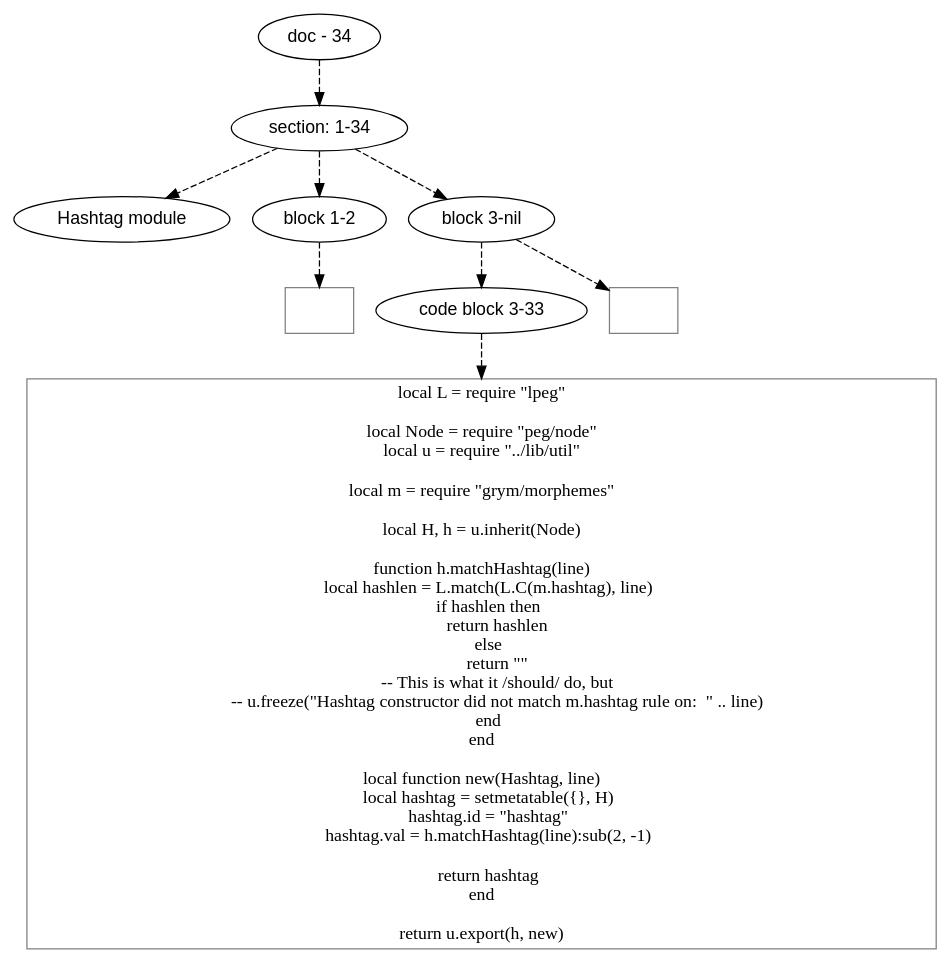
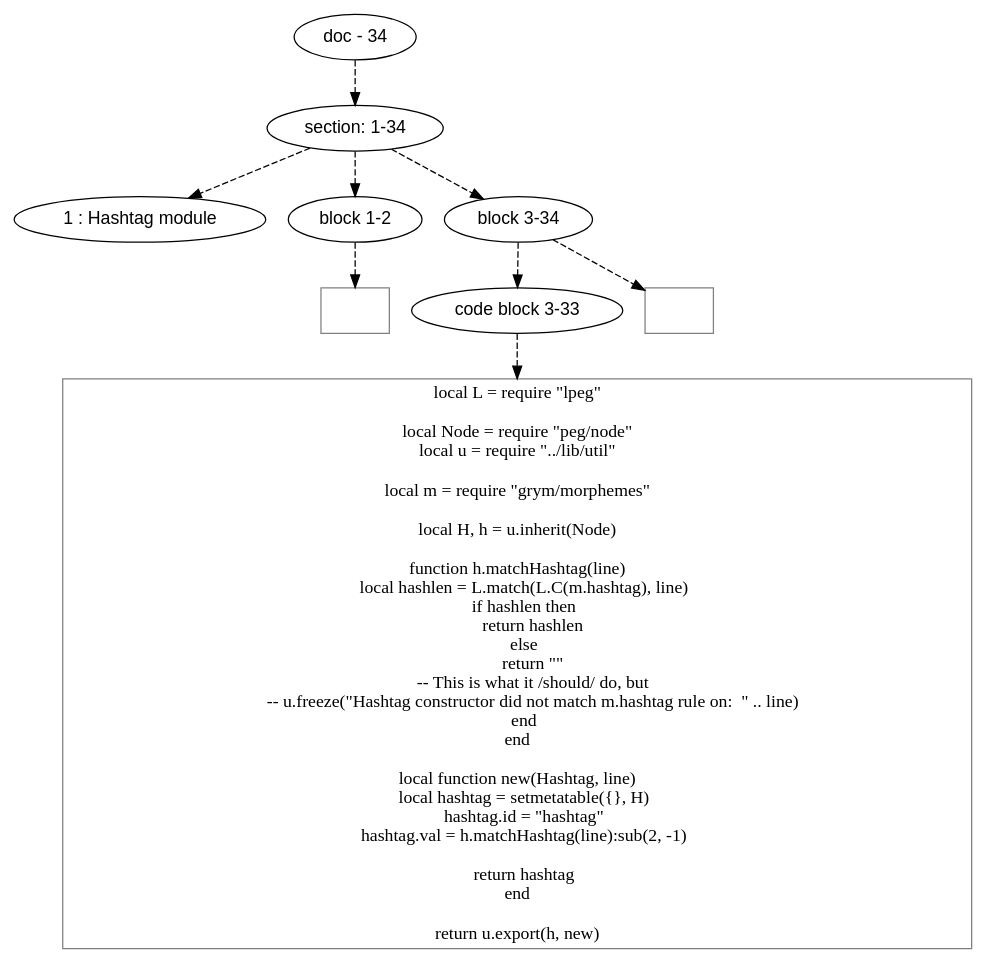
The diagram in doc/dot/grym/hashtag.dot (mnemnion/orb), drawn with Graphviz before and after one commit. The commit also changed 80 other files, not shown here.

```diff
--- a/doc/dot/grym/hashtag.dot
+++ b/doc/dot/grym/hashtag.dot
@@ -1,63 +1,63 @@
 digraph hierarchy {
 
 node [fontname=Helvetica]
 edge [style=dashed]
 
 doc_0 [label="doc - 34"]
 
 doc_0 -> { section_1}
 {rank=same; section_1}
 
 section_1 [label="section: 1-34"]
 
 section_1 -> { header_2 block_3 block_4}
 {rank=same; header_2 block_3 block_4}
 
-header_2 [label="Hashtag module"]
+header_2 [label="1 : Hashtag module"]
 block_3 [label="block 1-2"]
-block_4 [label="block 3-nil"]
+block_4 [label="block 3-34"]
 
 
 block_3 -> leaf_5
 leaf_5  [color=Gray,shape=rectangle,fontname=Inconsolata,label="
 "]block_4 -> { codeblock_6}
 {rank=same; codeblock_6}
 
 codeblock_6 [label="code block 3-33"]
 
 
 codeblock_6 -> leaf_7
 leaf_7  [color=Gray,shape=rectangle,fontname=Inconsolata,label="local L = require \"lpeg\"
 
 local Node = require \"peg/node\"
 local u = require \"../lib/util\"
 
 local m = require \"grym/morphemes\"
 
 local H, h = u.inherit(Node)
 
 function h.matchHashtag(line)
     local hashlen = L.match(L.C(m.hashtag), line)
     if hashlen then
         return hashlen
     else
         return \"\"
         -- This is what it /should/ do, but
         -- u.freeze(\"Hashtag constructor did not match m.hashtag rule on:  \" .. line)
     end
 end
 
 local function new(Hashtag, line)
     local hashtag = setmetatable({}, H)
     hashtag.id = \"hashtag\"
     hashtag.val = h.matchHashtag(line):sub(2, -1)
 
     return hashtag
 end
 
 return u.export(h, new)
 "]
 block_4 -> leaf_8
 leaf_8  [color=Gray,shape=rectangle,fontname=Inconsolata,label="
 "]
 }
```
